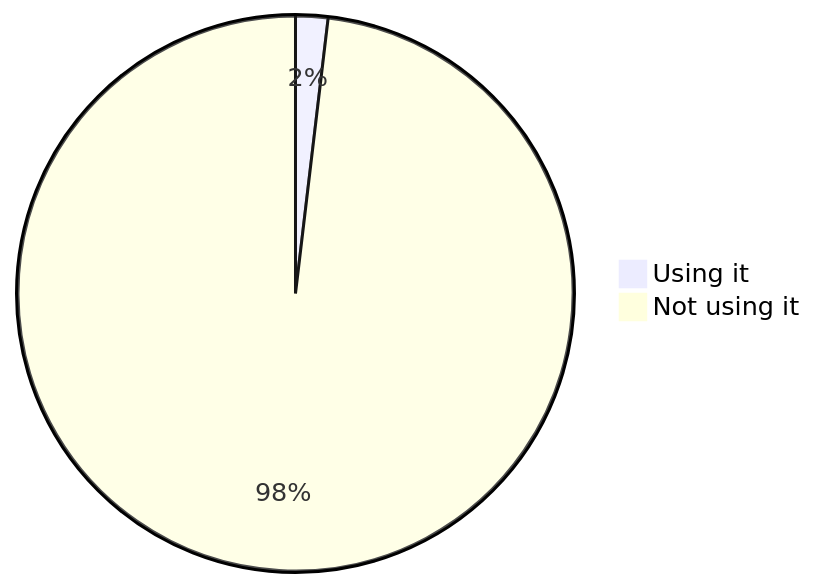
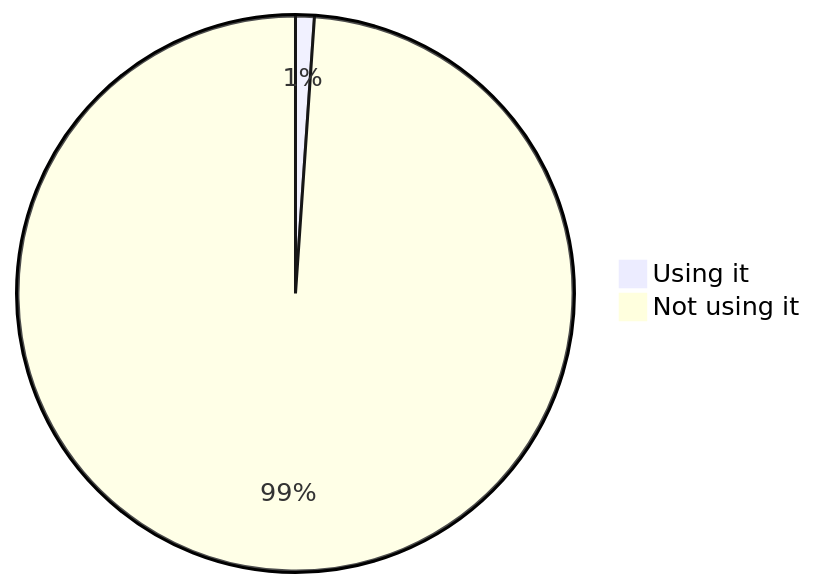
One commit to oshp/oshp-stats changed diagram 12 of 18 in stats.md. Above: the diagram before and after it, drawn with Mermaid. The commit also changed other lines of this file and 1 other file, not shown here.

````diff
--- a/stats.md
+++ b/stats.md
@@ -140,6 +140,6 @@
 ```mermaid
 pie
-	"Using it" : 1.88
-	"Not using it" : 98.12
+	"Using it" : 1.09
+	"Not using it" : 98.91
 
 ```
````
